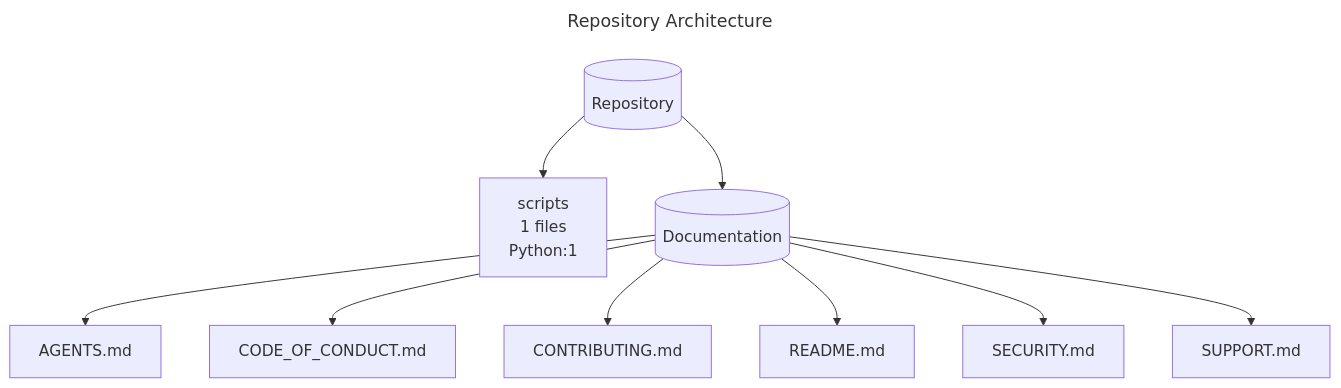
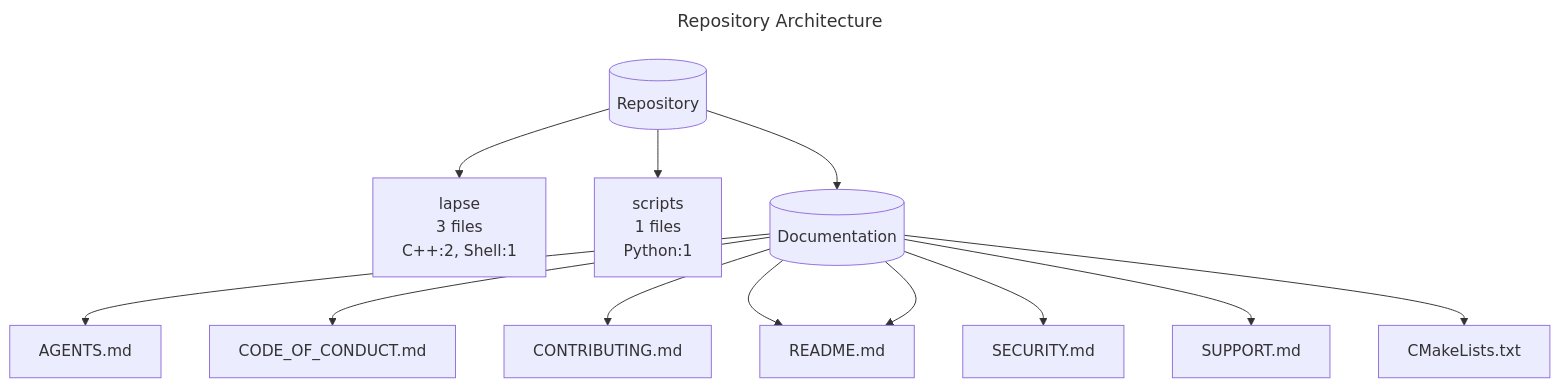
One commit to bell-kevin/lapse changed the diagram in docs/architecture.mmd. Above: the diagram before and after it, drawn with Mermaid.

Commit message:
chore: update architecture diagram

```diff
--- a/docs/architecture.mmd
+++ b/docs/architecture.mmd
@@ -1,23 +1,29 @@
 ---
 title: Repository Architecture
 ---
 graph TD
     repo[(Repository)]
+    n_lapse["lapse\n3 files\nC++:2, Shell:1"]
+    repo --> n_lapse
     n_scripts["scripts\n1 files\nPython:1"]
     repo --> n_scripts
     docs[(Documentation)]
     repo --> docs
     n_doc_AGENTS_md["AGENTS.md"]
     docs --> n_doc_AGENTS_md
     n_doc_CODE_OF_CONDUCT_md["CODE_OF_CONDUCT.md"]
     docs --> n_doc_CODE_OF_CONDUCT_md
     n_doc_CONTRIBUTING_md["CONTRIBUTING.md"]
     docs --> n_doc_CONTRIBUTING_md
     n_doc_README_md["README.md"]
     docs --> n_doc_README_md
     n_doc_SECURITY_md["SECURITY.md"]
     docs --> n_doc_SECURITY_md
     n_doc_SUPPORT_md["SUPPORT.md"]
     docs --> n_doc_SUPPORT_md
+    n_doc_CMakeLists_txt["CMakeLists.txt"]
+    docs --> n_doc_CMakeLists_txt
+    n_doc_README_md["README.md"]
+    docs --> n_doc_README_md
 
 %% Generated by scripts/generate_architecture_diagram.py
```
